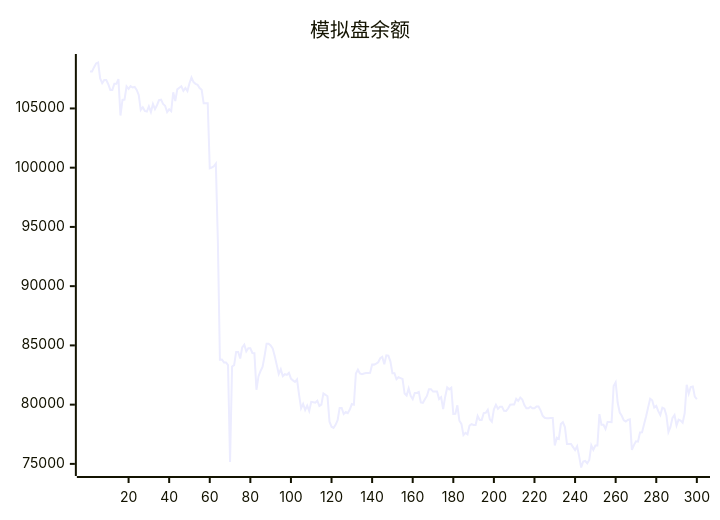
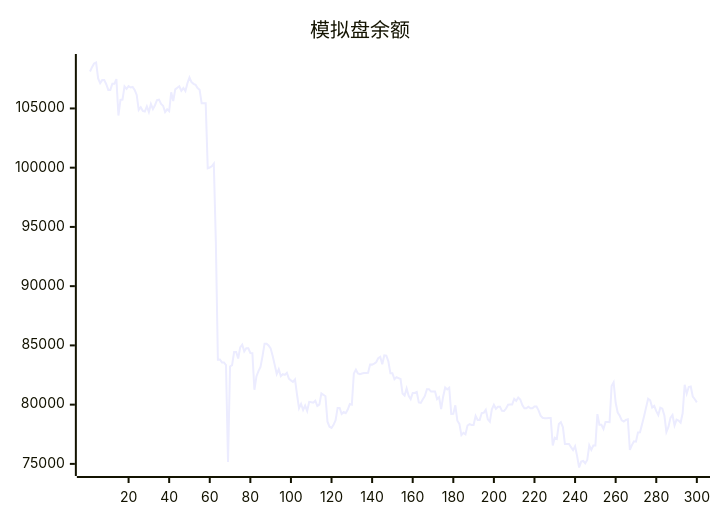
Before and after one commit to aahl/ai-trading: the diagram in README.md, drawn with Mermaid. The commit also changed other lines of this file and 1 other file, not shown here.

````diff
--- a/README.md
+++ b/README.md
@@ -5,5 +5,5 @@
 ```mermaid
 xychart
     title "模拟盘余额"
-    line [108116,108115,108485,108797,108877,107536,107134,107393,107393,107046,106565,106565,107081,107081,107478,104404,105715,105749,106866,106651,106889,106771,106816,106565,106141,104876,105103,104796,104734,105169,104690,105380,104941,105272,105709,105739,105374,105227,104691,104924,104762,106364,105628,106608,106748,106872,106485,106721,106468,107132,107620,107224,107080,107001,106717,106567,105431,105431,105440,99950,100017,100113,100337,93749,83795,83807,83567,83567,83342,75168,83222,83336,84448,84449,83896,84839,85065,84499,84757,84757,84364,84347,81254,82385,82835,83184,84099,85150,85150,85002,84751,84096,83356,82582,82983,82404,82572,82512,82688,82200,82047,81920,82125,80840,79688,80060,79552,79920,79470,80236,80208,80170,80336,79894,80006,80954,80837,80712,78561,78139,78037,78293,78682,79720,79720,79214,79372,79279,79591,80046,79993,82625,82950,82626,82571,82633,82670,82670,82681,83386,83378,83464,83579,83920,84037,83402,84160,84142,83652,82655,82655,82145,82315,82243,82163,80934,80770,81371,80742,80468,80989,80989,81067,80191,80155,80450,80737,81309,81309,81106,81119,81119,80471,80631,79624,80670,81448,81290,81429,79212,79222,79940,78643,78380,77432,77623,77504,78235,78358,78284,78277,79048,78714,78714,79290,79308,79567,78763,78563,79603,79988,79652,79813,79813,79476,79469,79673,79995,80015,80015,80486,80314,80600,80436,79966,79689,79689,79819,79692,79692,79850,79850,79518,79071,78889,78850,78850,78878,78878,76554,77202,77103,78357,78510,78106,76678,76677,76672,76411,76159,76485,75656,74695,75197,75246,75052,75334,76564,76179,76553,76551,79196,78300,78300,77944,78531,78531,78521,81564,81884,80160,79335,79055,78675,78580,78708,78764,76179,76586,76902,76876,77658,77669,78346,79023,79769,80497,80366,79761,79896,79448,79126,79749,79658,79097,77695,78114,78888,79126,78249,78738,78653,78478,79271,81680,80923,81488,81527,80681,80455]
+    line [108115,108485,108797,108877,107536,107134,107393,107393,107046,106565,106565,107081,107081,107478,104404,105715,105749,106866,106651,106889,106771,106816,106565,106141,104876,105103,104796,104734,105169,104690,105380,104941,105272,105709,105739,105374,105227,104691,104924,104762,106364,105628,106608,106748,106872,106485,106721,106468,107132,107620,107224,107080,107001,106717,106567,105431,105431,105440,99950,100017,100113,100337,93749,83795,83807,83567,83567,83342,75168,83222,83336,84448,84449,83896,84839,85065,84499,84757,84757,84364,84347,81254,82385,82835,83184,84099,85150,85150,85002,84751,84096,83356,82582,82983,82404,82572,82512,82688,82200,82047,81920,82125,80840,79688,80060,79552,79920,79470,80236,80208,80170,80336,79894,80006,80954,80837,80712,78561,78139,78037,78293,78682,79720,79720,79214,79372,79279,79591,80046,79993,82625,82950,82626,82571,82633,82670,82670,82681,83386,83378,83464,83579,83920,84037,83402,84160,84142,83652,82655,82655,82145,82315,82243,82163,80934,80770,81371,80742,80468,80989,80989,81067,80191,80155,80450,80737,81309,81309,81106,81119,81119,80471,80631,79624,80670,81448,81290,81429,79212,79222,79940,78643,78380,77432,77623,77504,78235,78358,78284,78277,79048,78714,78714,79290,79308,79567,78763,78563,79603,79988,79652,79813,79813,79476,79469,79673,79995,80015,80015,80486,80314,80600,80436,79966,79689,79689,79819,79692,79692,79850,79850,79518,79071,78889,78850,78850,78878,78878,76554,77202,77103,78357,78510,78106,76678,76677,76672,76411,76159,76485,75656,74695,75197,75246,75052,75334,76564,76179,76553,76551,79196,78300,78300,77944,78531,78531,78521,81564,81884,80160,79335,79055,78675,78580,78708,78764,76179,76586,76902,76876,77658,77669,78346,79023,79769,80497,80366,79761,79896,79448,79126,79749,79658,79097,77695,78114,78888,79126,78249,78738,78653,78478,79271,81680,80923,81488,81527,80681,80455,80190]
 ```
````
